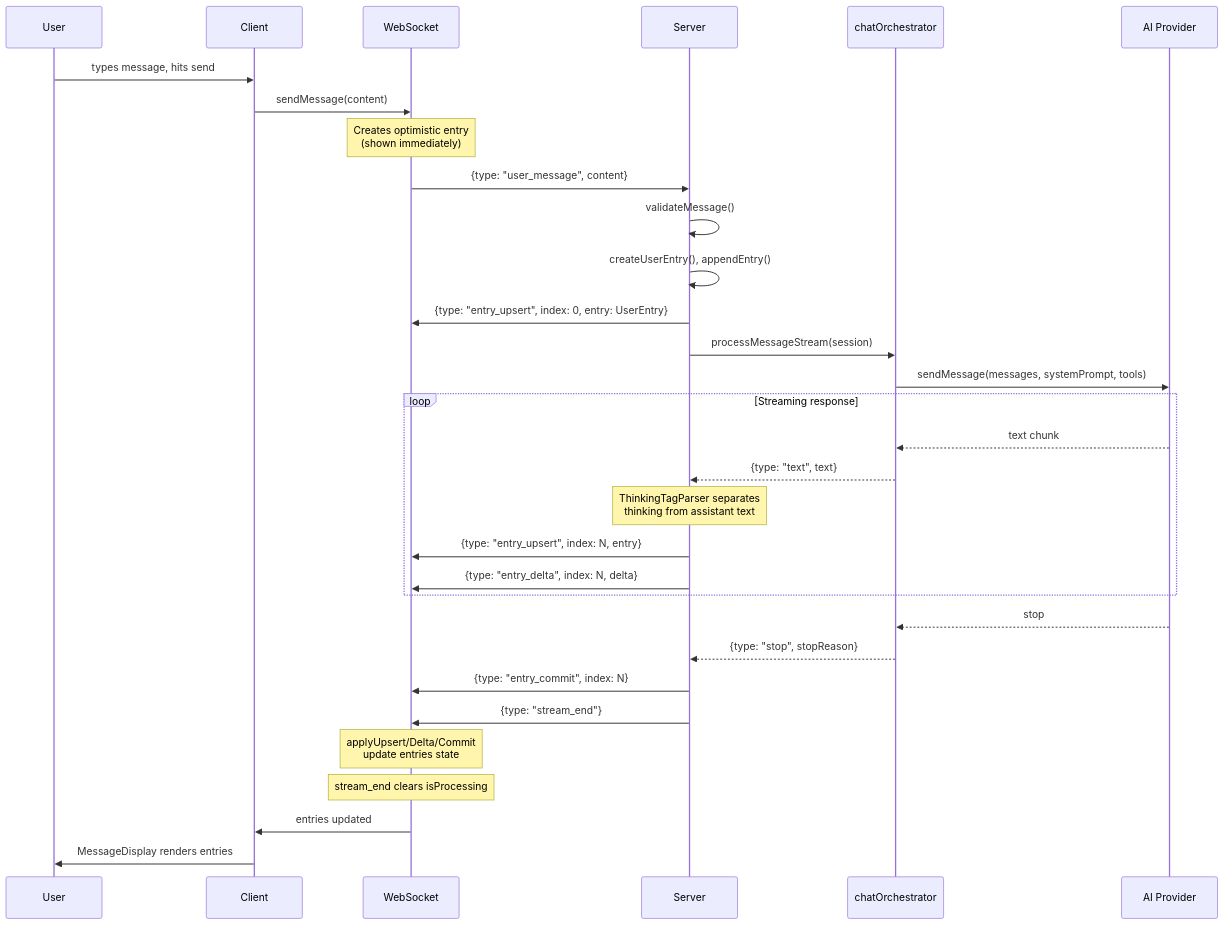
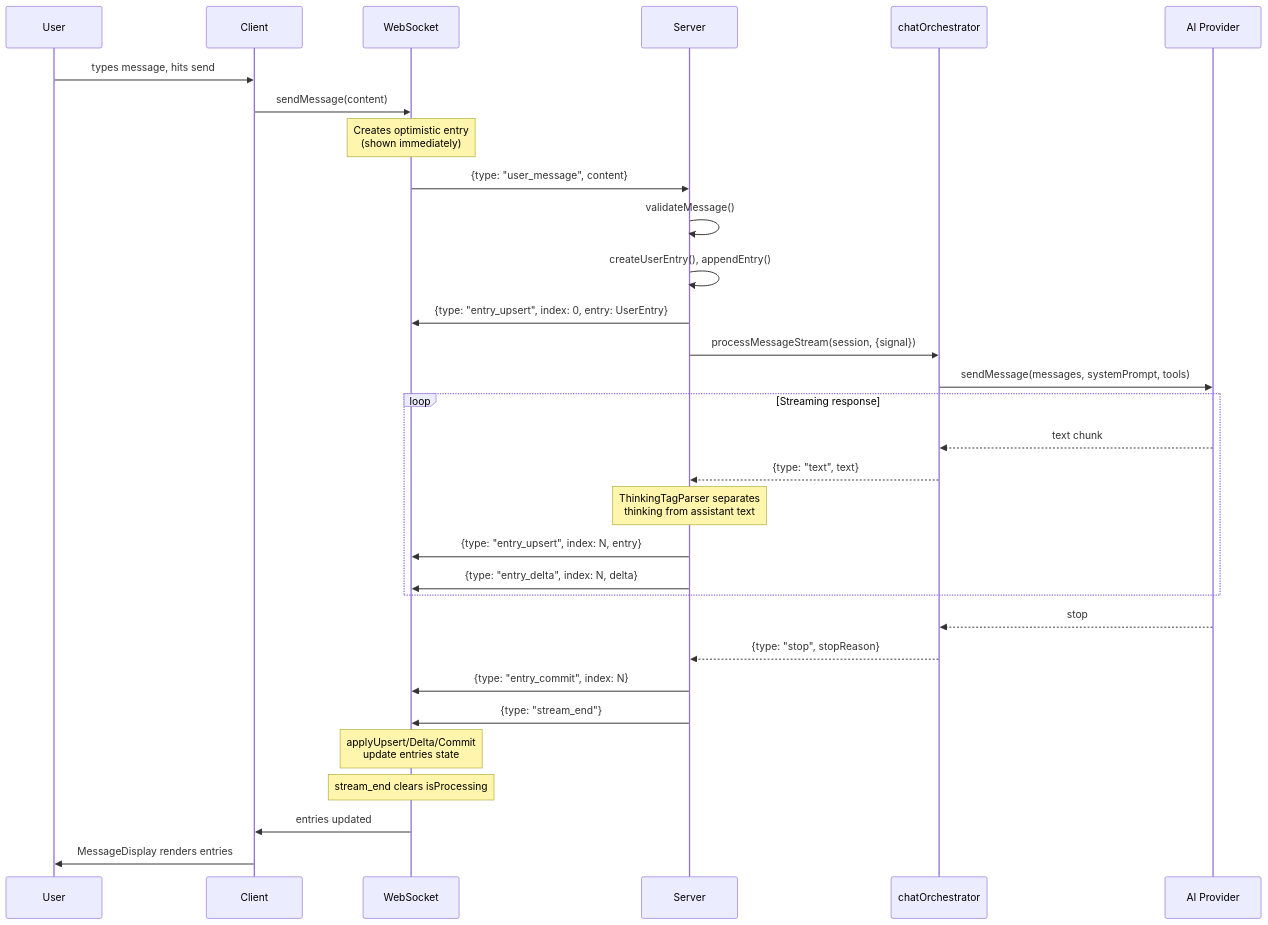
The second of 3 diagrams in specs/hal-engine-architecture/spec.md (re-cinq/HALEngine), drawn with Mermaid before and after one commit. The commit also changed 22 other files, not shown here.

````diff
--- a/specs/hal-engine-architecture/spec.md
+++ b/specs/hal-engine-architecture/spec.md
@@ -239,39 +239,39 @@
 ```mermaid
 sequenceDiagram
     participant U as User
     participant CC as Client
     participant WS as WebSocket
     participant S as Server
     participant CO as chatOrchestrator
     participant AI as AI Provider
 
     U->>CC: types message, hits send
     CC->>WS: sendMessage(content)
     Note over WS: Creates optimistic entry<br/>(shown immediately)
     WS->>S: {type: "user_message", content}
 
     S->>S: validateMessage()
     S->>S: createUserEntry(), appendEntry()
     S->>WS: {type: "entry_upsert", index: 0, entry: UserEntry}
 
-    S->>CO: processMessageStream(session)
+    S->>CO: processMessageStream(session, {signal})
     CO->>AI: sendMessage(messages, systemPrompt, tools)
 
     loop Streaming response
         AI-->>CO: text chunk
         CO-->>S: {type: "text", text}
         Note over S: ThinkingTagParser separates<br/>thinking from assistant text
         S->>WS: {type: "entry_upsert", index: N, entry}
         S->>WS: {type: "entry_delta", index: N, delta}
     end
 
     AI-->>CO: stop
     CO-->>S: {type: "stop", stopReason}
     S->>WS: {type: "entry_commit", index: N}
     S->>WS: {type: "stream_end"}
 
     Note over WS: applyUpsert/Delta/Commit<br/>update entries state
     Note over WS: stream_end clears isProcessing
     WS->>CC: entries updated
     CC->>U: MessageDisplay renders entries
 ```
````
